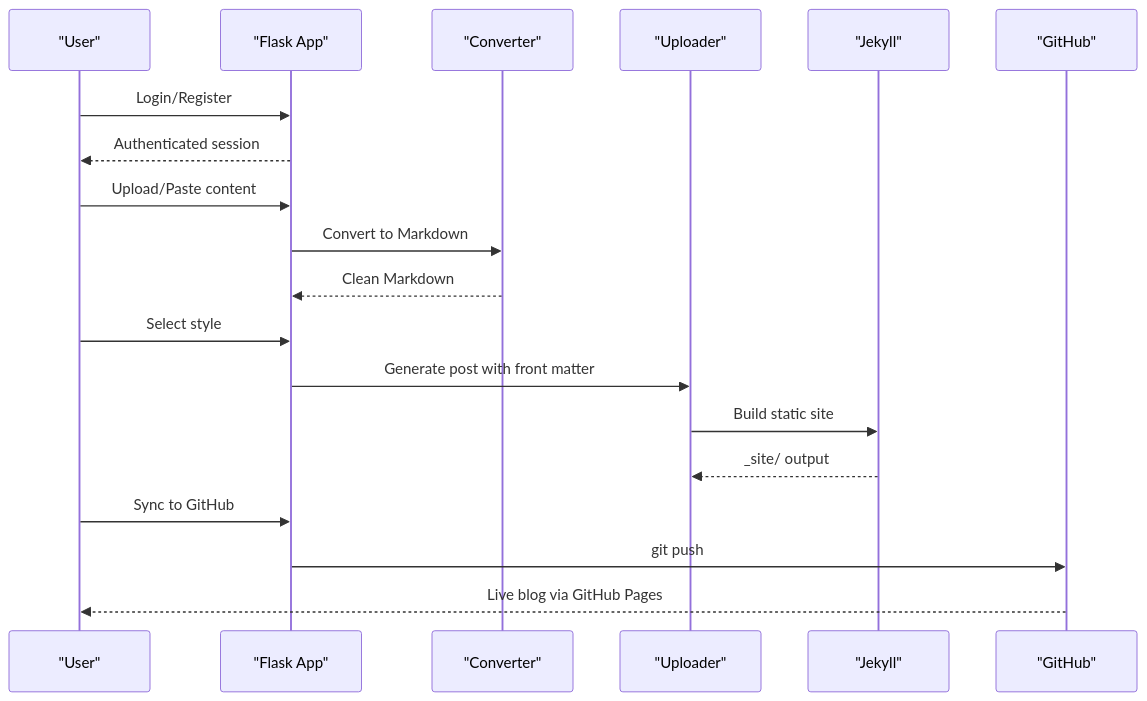
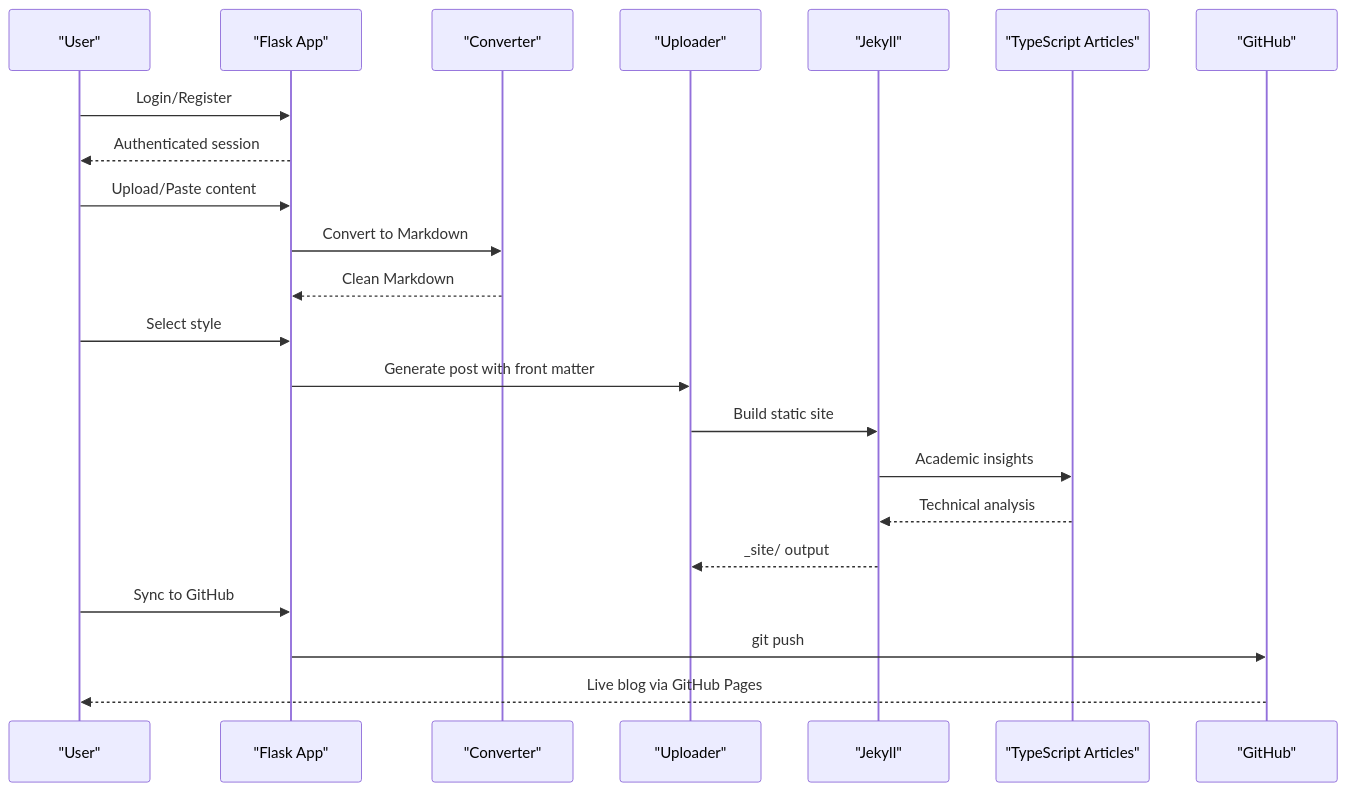
One commit to PolarisW007/PolaZhenJing changed the second of 7 diagrams in .qoder/repowiki/en/content/Frontend Application/Article Presentation System/TypeScript as JavaScript's Superset.md. Above: the diagram before and after it, drawn with Mermaid. The commit also changed other lines of this file and 7 other files, not shown here.

````diff
--- a/.qoder/repowiki/en/content/Frontend Application/Article Presentation System/TypeScript as JavaScript's Superset.md
+++ b/.qoder/repowiki/en/content/Frontend Application/Article Presentation System/TypeScript as JavaScript's Superset.md
@@ -109,21 +136,24 @@
 ```mermaid
 sequenceDiagram
 participant U as "User"
 participant F as "Flask App"
 participant C as "Converter"
 participant UPL as "Uploader"
 participant J as "Jekyll"
+participant TS as "TypeScript Articles"
 participant GH as "GitHub"
 U->>F : Login/Register
 F-->>U : Authenticated session
 U->>F : Upload/Paste content
 F->>C : Convert to Markdown
 C-->>F : Clean Markdown
 U->>F : Select style
 F->>UPL : Generate post with front matter
 UPL->>J : Build static site
+J->>TS : Academic insights
+TS-->>J : Technical analysis
 J-->>UPL : _site/ output
 U->>F : Sync to GitHub
 F->>GH : git push
 GH-->>U : Live blog via GitHub Pages
 ```
````
